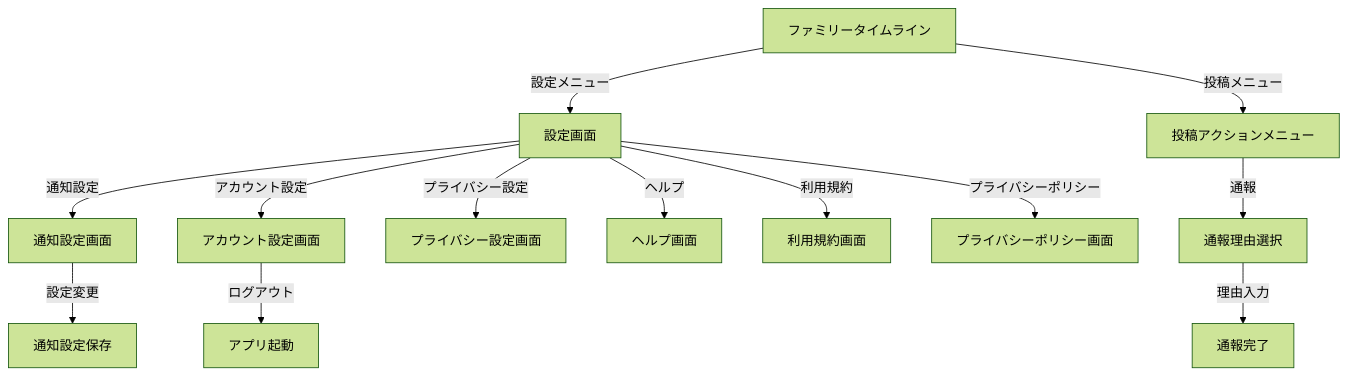
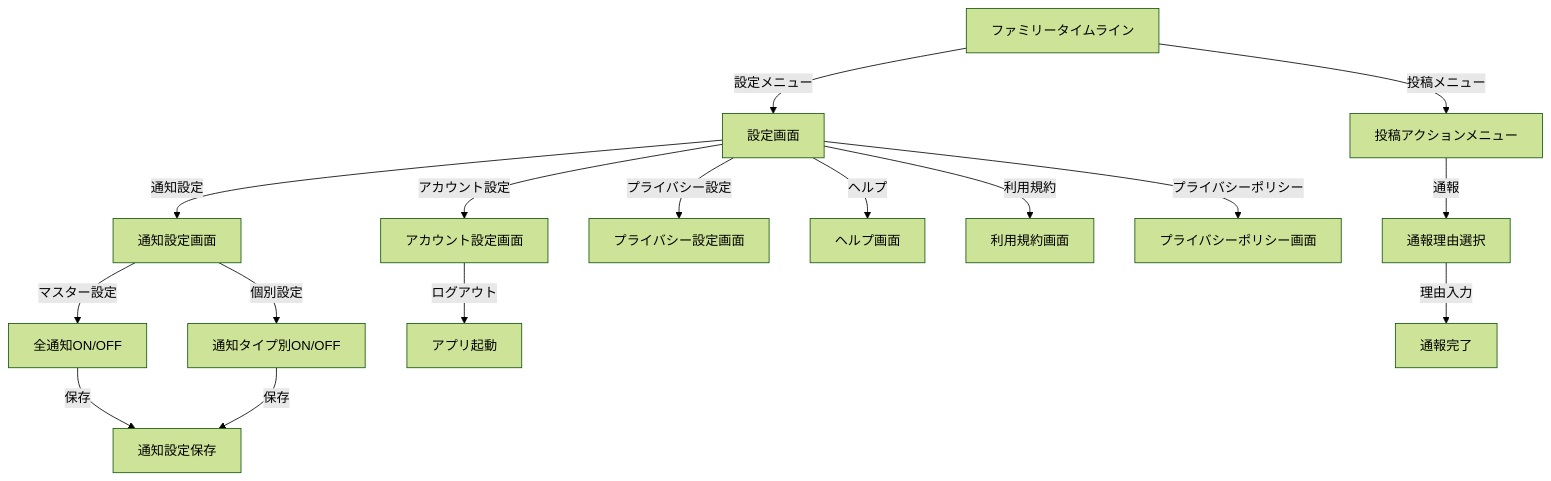
One commit to okap-goldman/kanushi changed diagram 11 of 26 in doc/screen_flow.md. Above: the diagram before and after it, drawn with Mermaid (forest theme). The commit also changed other lines of this file and 199 other files, not shown here.

````diff
--- a/doc/screen_flow.md
+++ b/doc/screen_flow.md
@@ -193,16 +608,19 @@
 ```mermaid
 graph TD
   B[ファミリータイムライン] -->|設定メニュー| Y[設定画面]
   Y -->|通知設定| Y1[通知設定画面]
-  Y1 -->|設定変更| Y11[通知設定保存]
+  Y1 -->|マスター設定| Y11[全通知ON/OFF]
+  Y1 -->|個別設定| Y12[通知タイプ別ON/OFF]
+  Y11 -->|保存| Y13[通知設定保存]
+  Y12 -->|保存| Y13
   Y -->|アカウント設定| Y2[アカウント設定画面]
   Y2 -->|ログアウト| A1[アプリ起動]
   Y -->|プライバシー設定| Y3[プライバシー設定画面]
   Y -->|ヘルプ| Y4[ヘルプ画面]
   Y -->|利用規約| Y5[利用規約画面]
   Y -->|プライバシーポリシー| Y6[プライバシーポリシー画面]
   
   B -->|投稿メニュー| B8[投稿アクションメニュー]
   B8 -->|通報| B81[通報理由選択]
   B81 -->|理由入力| B82[通報完了]
 ```
````
